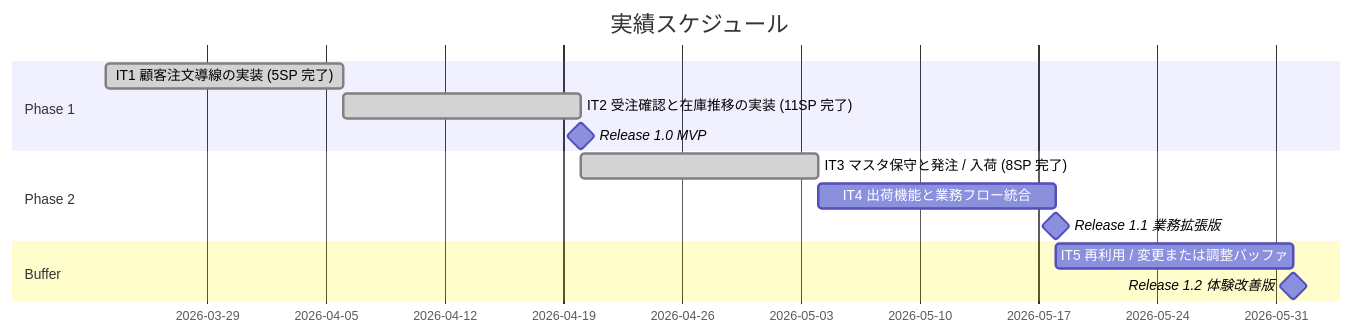
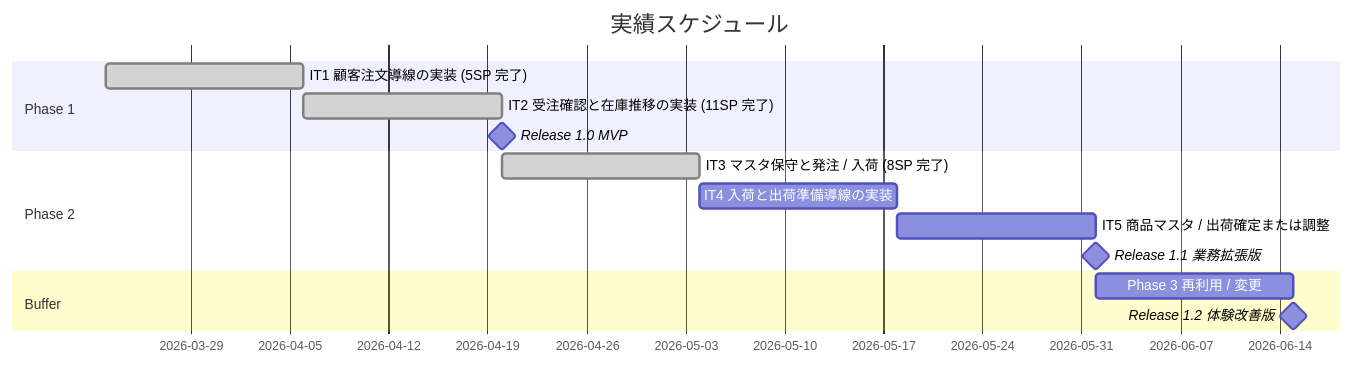
The second of 3 diagrams in docs/development/release_plan.md (k2works/case-study-sdd-development), drawn with Mermaid before and after one commit. The commit also changed other lines of this file and 4 other files, not shown here.

````diff
--- a/docs/development/release_plan.md
+++ b/docs/development/release_plan.md
@@ -146,16 +155,17 @@
 ```mermaid
 gantt
     title 実績スケジュール
     dateFormat  YYYY-MM-DD
     section Phase 1
     IT1 顧客注文導線の実装 (5SP 完了)    :done, a1, 2026-03-23, 14d
     IT2 受注確認と在庫推移の実装 (11SP 完了) :done, a2, after a1, 14d
     Release 1.0 MVP                    :milestone, m1, after a2, 0d
     section Phase 2
     IT3 マスタ保守と発注 / 入荷 (8SP 完了) :done, a3, after a2, 14d
-    IT4 出荷機能と業務フロー統合        :a4, after a3, 14d
-    Release 1.1 業務拡張版              :milestone, m2, after a4, 0d
+    IT4 入荷と出荷準備導線の実装        :a4, after a3, 14d
+    IT5 商品マスタ / 出荷確定または調整  :a5, after a4, 14d
+    Release 1.1 業務拡張版              :milestone, m2, after a5, 0d
     section Buffer
-    IT5 再利用 / 変更または調整バッファ :a5, after a4, 14d
-    Release 1.2 体験改善版              :milestone, m3, after a5, 0d
+    Phase 3 再利用 / 変更               :a6, after m2, 14d
+    Release 1.2 体験改善版              :milestone, m3, after a6, 0d
 ```
````
